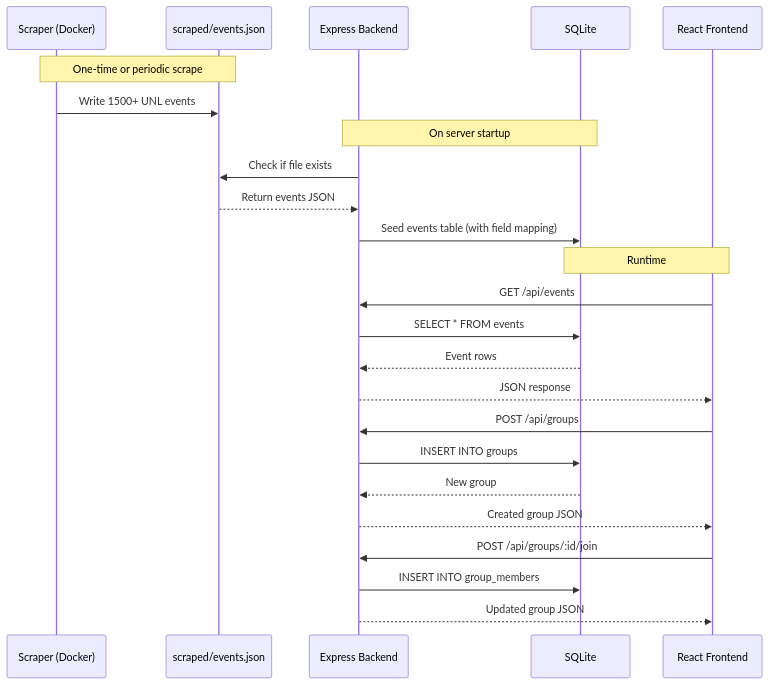
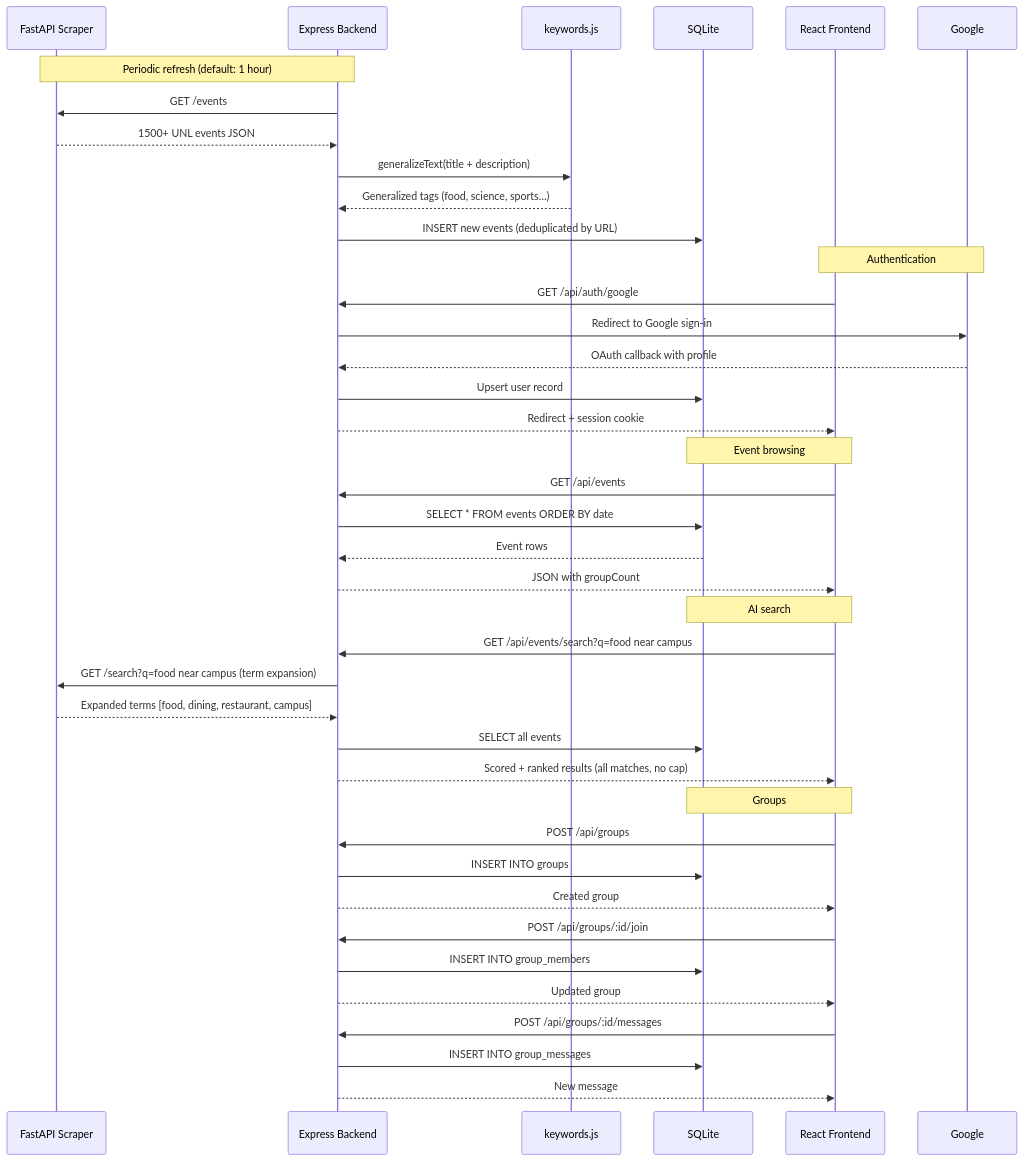
One commit to michaeldejournett/Raikes-Hacks-2026 changed the second of 3 diagrams in docs/architecture.md. Above: the diagram before and after it, drawn with Mermaid. The commit also changed other lines of this file and 7 other files, not shown here.

````diff
--- a/docs/architecture.md
+++ b/docs/architecture.md
@@ -58,31 +66,49 @@
 ```mermaid
 sequenceDiagram
-  participant S as Scraper (Docker)
-  participant F as scraped/events.json
+  participant S as FastAPI Scraper
   participant B as Express Backend
+  participant KW as keywords.js
   participant DB as SQLite
   participant FE as React Frontend
+  participant G as Google
 
-  Note over S,F: One-time or periodic scrape
-  S->>F: Write 1500+ UNL events
+  Note over S,B: Periodic refresh (default: 1 hour)
+  B->>S: GET /events
+  S-->>B: 1500+ UNL events JSON
+  B->>KW: generalizeText(title + description)
+  KW-->>B: Generalized tags (food, science, sports…)
+  B->>DB: INSERT new events (deduplicated by URL)
 
-  Note over B,DB: On server startup
-  B->>F: Check if file exists
-  F-->>B: Return events JSON
-  B->>DB: Seed events table (with field mapping)
+  Note over FE,G: Authentication
+  FE->>B: GET /api/auth/google
+  B->>G: Redirect to Google sign-in
+  G-->>B: OAuth callback with profile
+  B->>DB: Upsert user record
+  B-->>FE: Redirect + session cookie
 
-  Note over FE,DB: Runtime
+  Note over FE,DB: Event browsing
   FE->>B: GET /api/events
-  B->>DB: SELECT * FROM events
+  B->>DB: SELECT * FROM events ORDER BY date
   DB-->>B: Event rows
-  B-->>FE: JSON response
+  B-->>FE: JSON with groupCount
 
+  Note over FE,DB: AI search
+  FE->>B: GET /api/events/search?q=food near campus
+  B->>S: GET /search?q=food near campus (term expansion)
+  S-->>B: Expanded terms [food, dining, restaurant, campus]
+  B->>DB: SELECT all events
+  B-->>FE: Scored + ranked results (all matches, no cap)
+
+  Note over FE,DB: Groups
   FE->>B: POST /api/groups
   B->>DB: INSERT INTO groups
-  DB-->>B: New group
-  B-->>FE: Created group JSON
+  B-->>FE: Created group
 
   FE->>B: POST /api/groups/:id/join
   B->>DB: INSERT INTO group_members
-  B-->>FE: Updated group JSON
+  B-->>FE: Updated group
+
+  FE->>B: POST /api/groups/:id/messages
+  B->>DB: INSERT INTO group_messages
+  B-->>FE: New message
 ```
````
